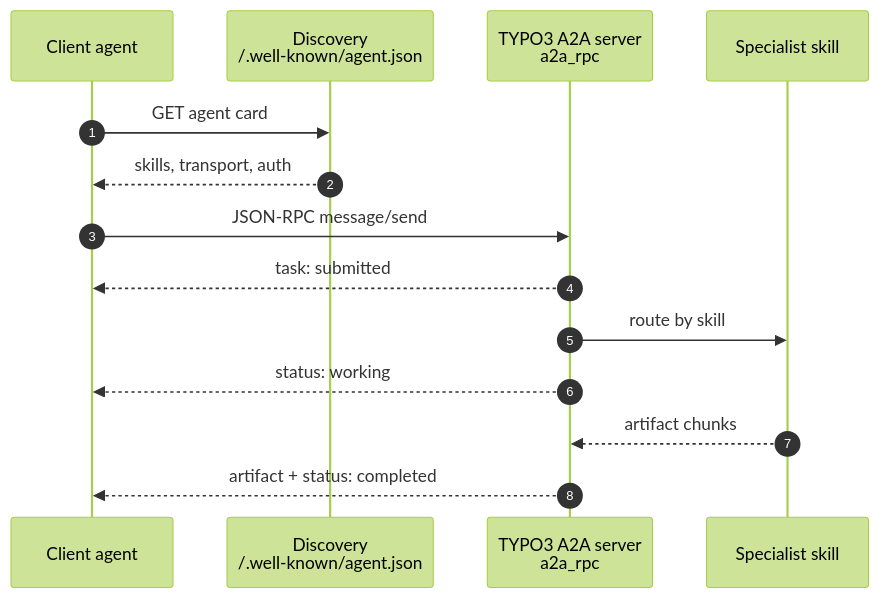
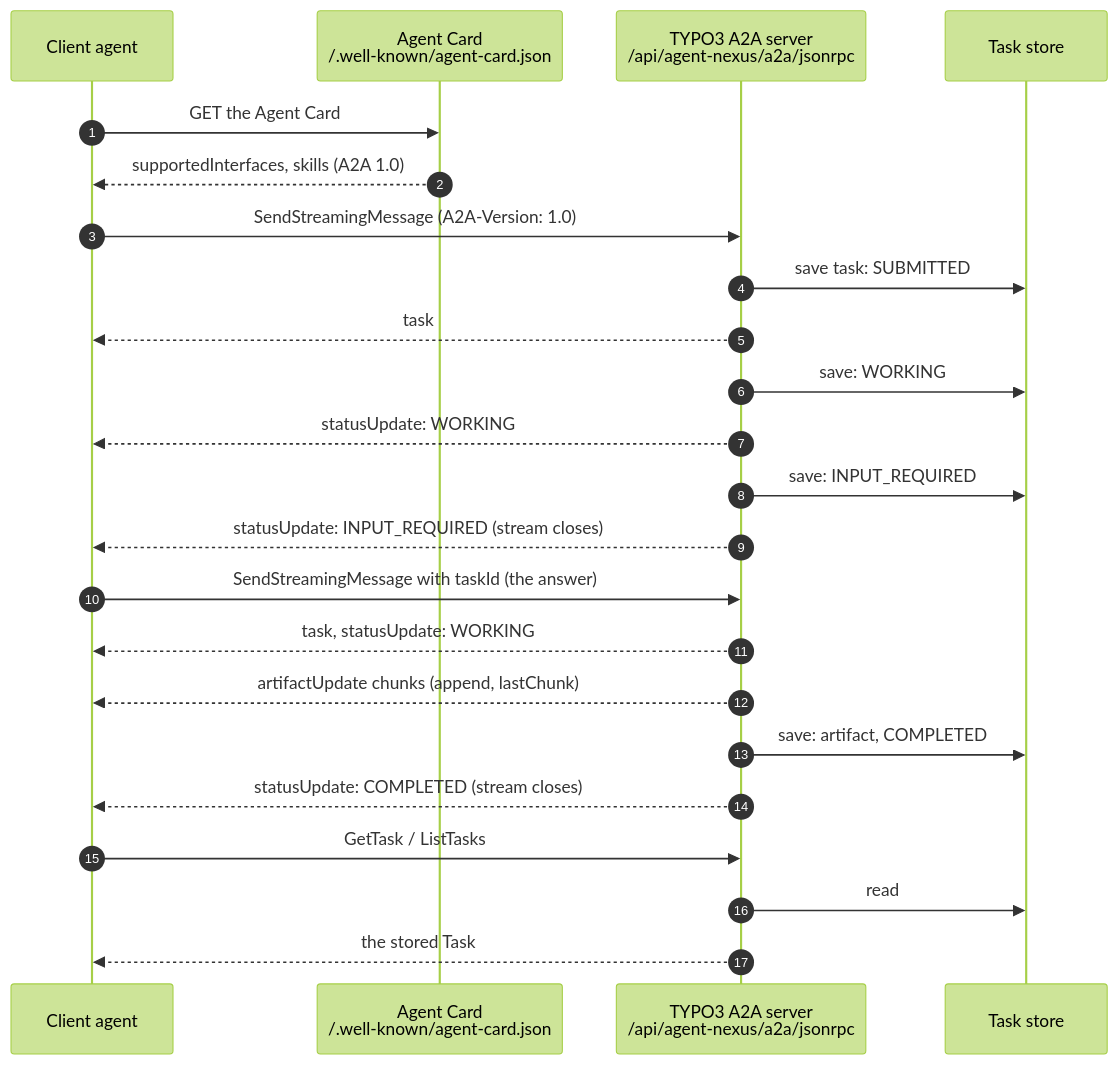
The diagram in Build/Diagrams/a2a.mmd (dirnbauer/typo3-agent-nexus), drawn with Mermaid (forest theme) before and after one commit. The commit also changed 1 other file, not shown here.

Commit message:
docs(a2a): document the A2A 1.0 agent, its bindings and the 0.3 dialect
The page described two eIDs and a 0.3 flow. It now covers what 4.0 serves:
the flow from the Agent Card to the finished artifact, every endpoint of the
JSON-RPC and HTTP+JSON bindings, the eleven methods with their 0.3 names,
version negotiation, how tasks are kept, resumed, listed and cancelled, the
error mapping and the decisions behind it (HTTP 200 for JSON-RPC errors, 429
for the rate limit, UnsupportedOperationError for the extended card), what
is simulated, and curl examples with the A2A-Version header. The sequence
diagram source follows the same flow; it is rendered with the others.

```diff
--- a/Build/Diagrams/a2a.mmd
+++ b/Build/Diagrams/a2a.mmd
@@ -1,14 +1,23 @@
 sequenceDiagram
     autonumber
     participant C as Client agent
-    participant D as Discovery<br/>/.well-known/agent.json
-    participant S as TYPO3 A2A server<br/>a2a_rpc
-    participant X as Specialist skill
-    C->>D: GET agent card
-    D-->>C: skills, transport, auth
-    C->>S: JSON-RPC message/send
-    S-->>C: task: submitted
-    S->>X: route by skill
-    S-->>C: status: working
-    X-->>S: artifact chunks
-    S-->>C: artifact + status: completed
+    participant D as Agent Card<br/>/.well-known/agent-card.json
+    participant S as TYPO3 A2A server<br/>/api/agent-nexus/a2a/jsonrpc
+    participant T as Task store
+    C->>D: GET the Agent Card
+    D-->>C: supportedInterfaces, skills (A2A 1.0)
+    C->>S: SendStreamingMessage (A2A-Version: 1.0)
+    S->>T: save task: SUBMITTED
+    S-->>C: task
+    S->>T: save: WORKING
+    S-->>C: statusUpdate: WORKING
+    S->>T: save: INPUT_REQUIRED
+    S-->>C: statusUpdate: INPUT_REQUIRED (stream closes)
+    C->>S: SendStreamingMessage with taskId (the answer)
+    S-->>C: task, statusUpdate: WORKING
+    S-->>C: artifactUpdate chunks (append, lastChunk)
+    S->>T: save: artifact, COMPLETED
+    S-->>C: statusUpdate: COMPLETED (stream closes)
+    C->>S: GetTask / ListTasks
+    S->>T: read
+    S-->>C: the stored Task
```
